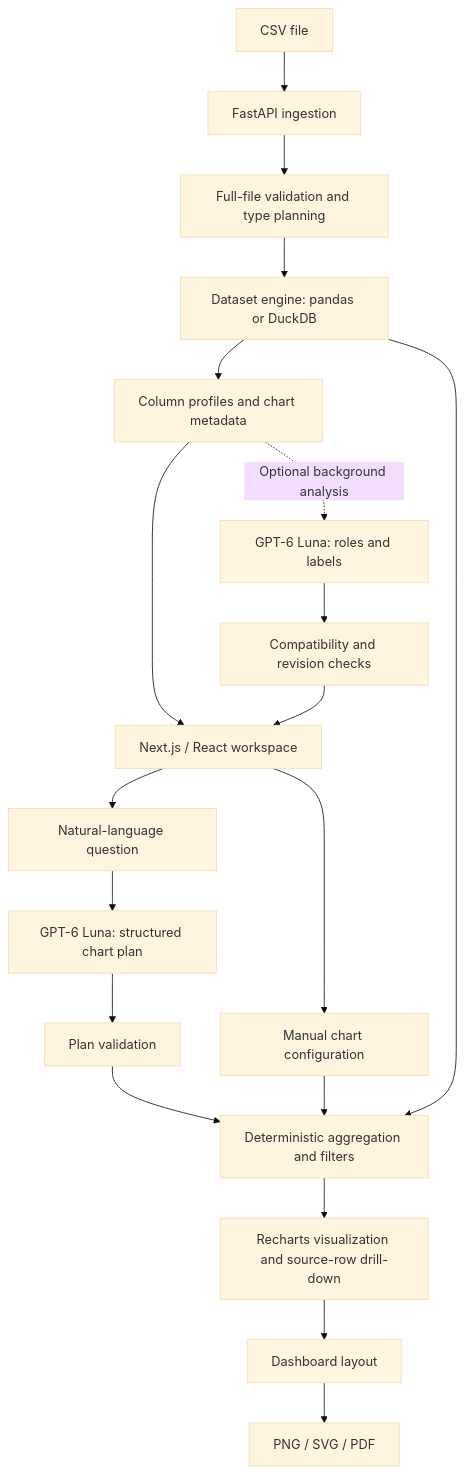
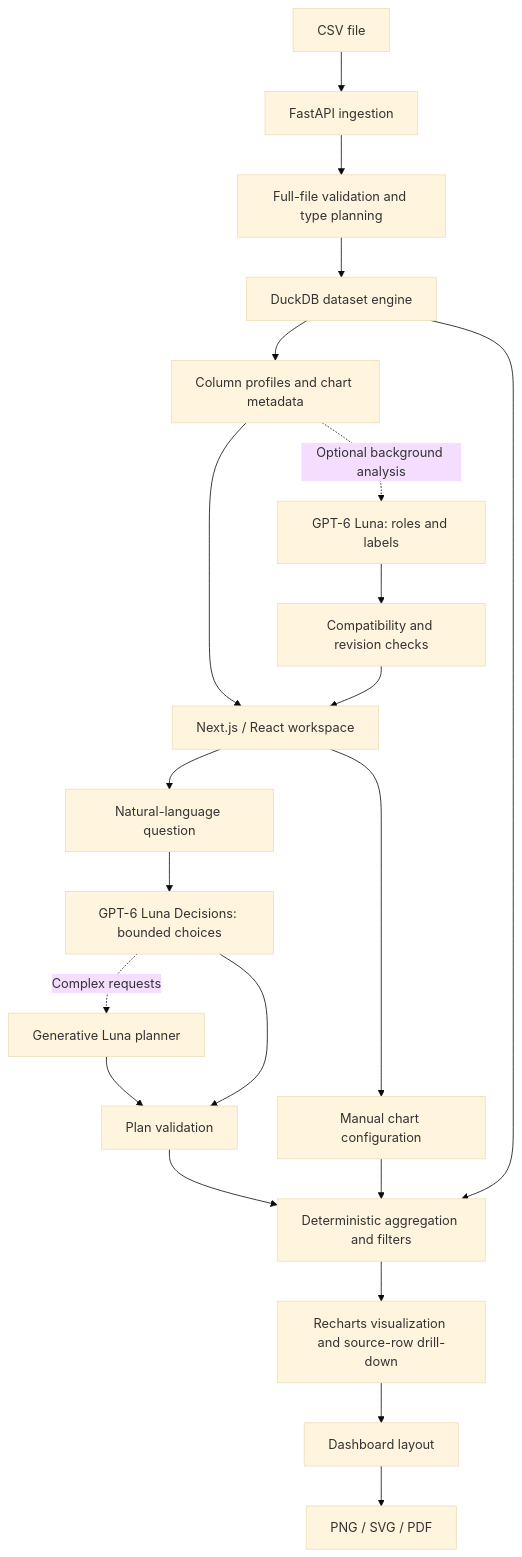
Before and after one commit to rayanical/analytico: the diagram in README.md, drawn with Mermaid (base theme). The commit also changed other lines of this file and 59 other files, not shown here.

First line of the commit message:
feat(analytics): accelerate ingestion and Luna chart planning

````diff
--- a/README.md
+++ b/README.md
@@ -40,23 +41,25 @@
 ```mermaid
 flowchart TD
     CSV[CSV file] --> API[FastAPI ingestion]
     API --> Validate[Full-file validation and type planning]
-    Validate --> Engine[Dataset engine: pandas or DuckDB]
+    Validate --> Engine[DuckDB dataset engine]
     Engine --> Profile[Column profiles and chart metadata]
     Profile --> UI[Next.js / React workspace]
 
     Profile -. Optional background analysis .-> Luna[GPT-6 Luna: roles and labels]
     Luna --> Guard[Compatibility and revision checks]
     Guard --> UI
 
     UI --> Question[Natural-language question]
-    Question --> Plan[GPT-6 Luna: structured chart plan]
+    Question --> Plan[GPT-6 Luna Decisions: bounded choices]
+    Plan -. Complex requests .-> Fallback[Generative Luna planner]
+    Fallback --> Check
     Plan --> Check[Plan validation]
     UI --> Manual[Manual chart configuration]
     Check --> Aggregate[Deterministic aggregation and filters]
     Manual --> Aggregate
     Engine --> Aggregate
     Aggregate --> Chart[Recharts visualization and source-row drill-down]
     Chart --> Dashboard[Dashboard layout]
     Dashboard --> Export[PNG / SVG / PDF]
 ```
````
